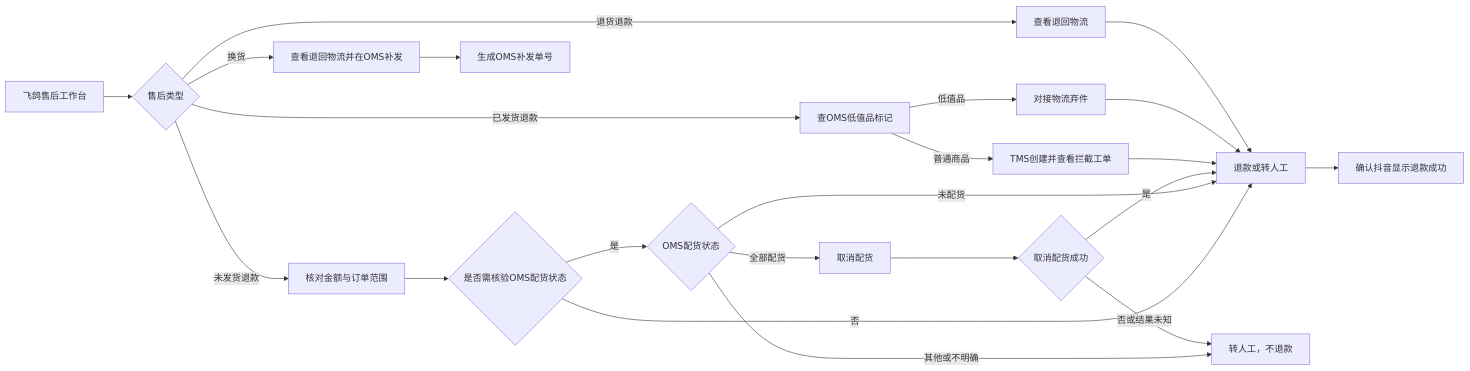
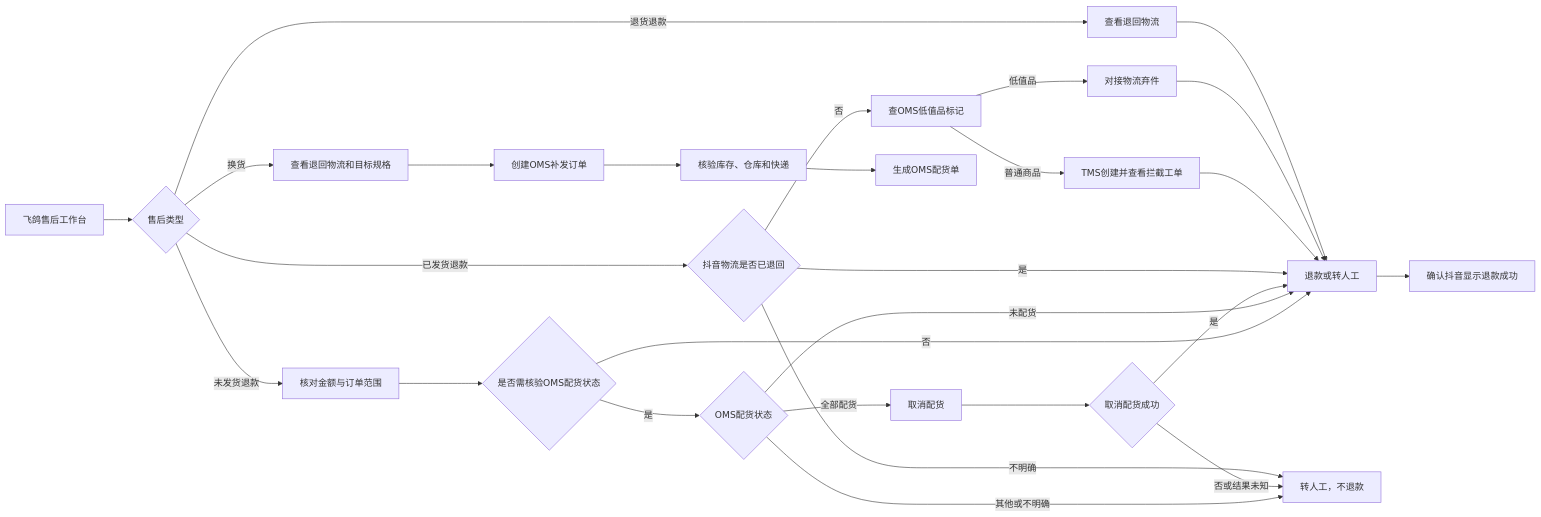
The first of 4 diagrams in refund-agent/抖音退款Agent_PRD_V1.0.md (dtingyoung123-stack/xianma-work), drawn with Mermaid before and after one commit. The commit also changed other lines of this file and 13 other files, not shown here.

````diff
--- a/refund-agent/抖音退款Agent_PRD_V1.0.md
+++ b/refund-agent/抖音退款Agent_PRD_V1.0.md
@@ -152,24 +225,29 @@
 ```mermaid
 flowchart LR
     A["飞鸽售后工作台"] --> B{"售后类型"}
     B -->|"未发货退款"| C["核对金额与订单范围"]
     C --> U{"是否需核验OMS配货状态"}
     U -->|"否"| I["退款或转人工"]
     U -->|"是"| U1{"OMS配货状态"}
     U1 -->|"未配货"| I
     U1 -->|"全部配货"| U2["取消配货"]
     U1 -->|"其他或不明确"| M["转人工，不退款"]
     U2 --> U3{"取消配货成功"}
     U3 -->|"是"| I
     U3 -->|"否或结果未知"| M
-    B -->|"已发货退款"| D["查OMS低值品标记"]
+    B -->|"已发货退款"| SR{"抖音物流是否已退回"}
+    SR -->|"是"| I
+    SR -->|"否"| D["查OMS低值品标记"]
+    SR -->|"不明确"| M
     D -->|"普通商品"| E["TMS创建并查看拦截工单"]
     D -->|"低值品"| F["对接物流弃件"]
     B -->|"退货退款"| G["查看退回物流"]
-    B -->|"换货"| H["查看退回物流并在OMS补发"]
+    B -->|"换货"| H["查看退回物流和目标规格"]
     E --> I
     F --> I
     G --> I
-    H --> J["生成OMS补发单号"]
+    H --> J["创建OMS补发订单"]
+    J --> J1["核验库存、仓库和快递"]
+    J1 --> J2["生成OMS配货单"]
     I --> K["确认抖音显示退款成功"]
 ```
````
